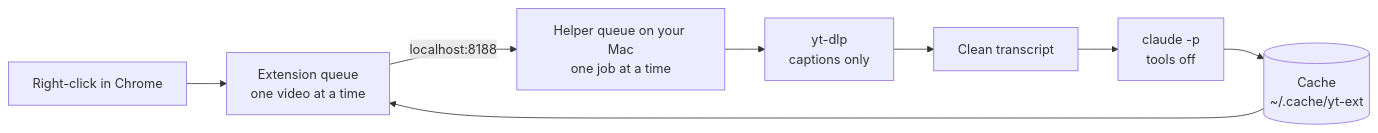
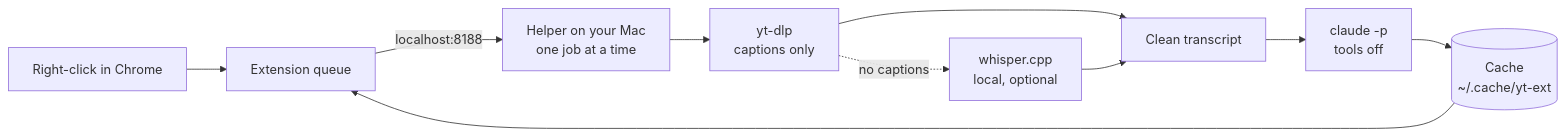
The diagram in README.md (twhughes/yt-summarize), drawn with Mermaid before and after one commit. The commit also changed other lines of this file and 2 other files, not shown here.

Commit message:
README: hero, screenshot, quick start first; job logging

````diff
--- a/README.md
+++ b/README.md
@@ -32,10 +72,12 @@
 ```mermaid
 flowchart LR
-    A[Right-click in Chrome] --> B[Extension queue<br/>one video at a time]
-    B -->|localhost:8188| C[Helper queue on your Mac<br/>one job at a time]
+    A[Right-click in Chrome] --> B[Extension queue]
+    B -->|localhost:8188| C[Helper on your Mac<br/>one job at a time]
     C --> D[yt-dlp<br/>captions only]
+    D -. no captions .-> W[whisper.cpp<br/>local, optional]
     D --> E[Clean transcript]
+    W --> E
     E --> F[claude -p<br/>tools off]
     F --> G[(Cache<br/>~/.cache/yt-ext)]
     G --> B
 ```
````
